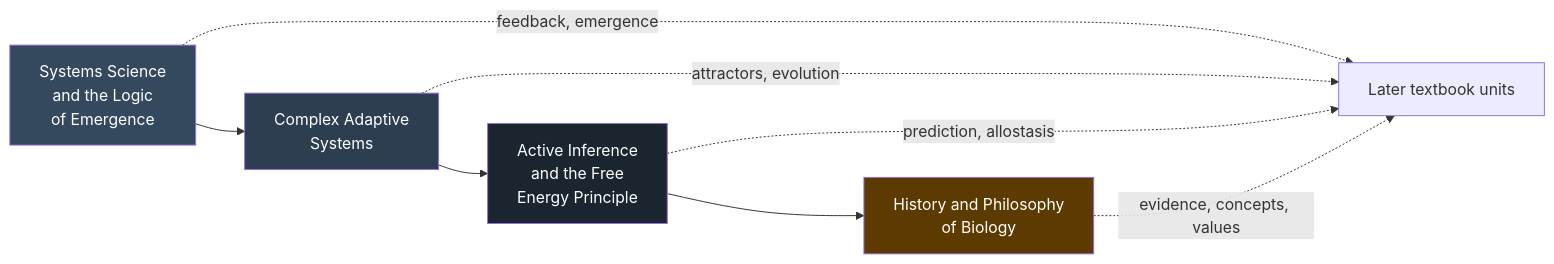
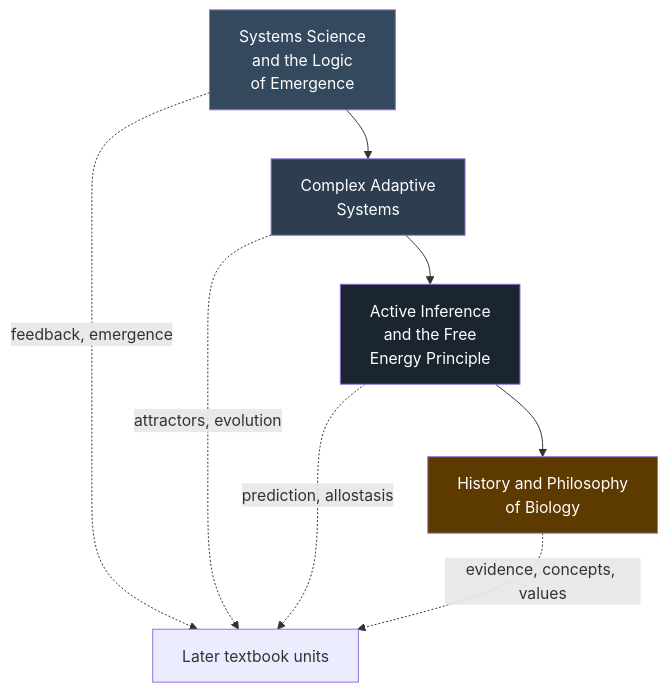
One commit to docxology/biology_textbook changed the diagram in docs/manuscript/unit_0/unit_intro.md. Above: the diagram before and after it, drawn with Mermaid. The commit also changed other lines of this file and 444 other files, not shown here.

````diff
--- a/docs/manuscript/unit_0/unit_intro.md
+++ b/docs/manuscript/unit_0/unit_intro.md
@@ -63,15 +63,15 @@
 ```mermaid
-graph LR
+graph TD
     C1["Systems Science<br/>and the Logic<br/>of Emergence"] --> C2["Complex Adaptive<br/>Systems"]
     C2 --> C3["Active Inference<br/>and the Free<br/>Energy Principle"]
     C3 --> C4["History and Philosophy<br/>of Biology"]
     C1 -.->|"feedback, emergence"| UI["Later textbook units"]
     C2 -.->|"attractors, evolution"| UI
     C3 -.->|"prediction, allostasis"| UI
     C4 -.->|"evidence, concepts, values"| UI
 
     style C1 fill:#34495e,color:#fff
     style C2 fill:#2c3e50,color:#fff
     style C3 fill:#1a252f,color:#fff
     style C4 fill:#5d3a00,color:#fff
 ```
````
